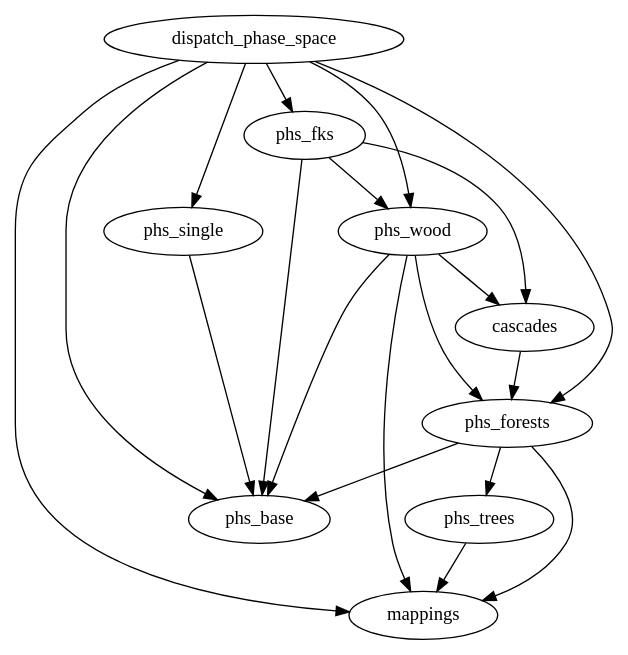
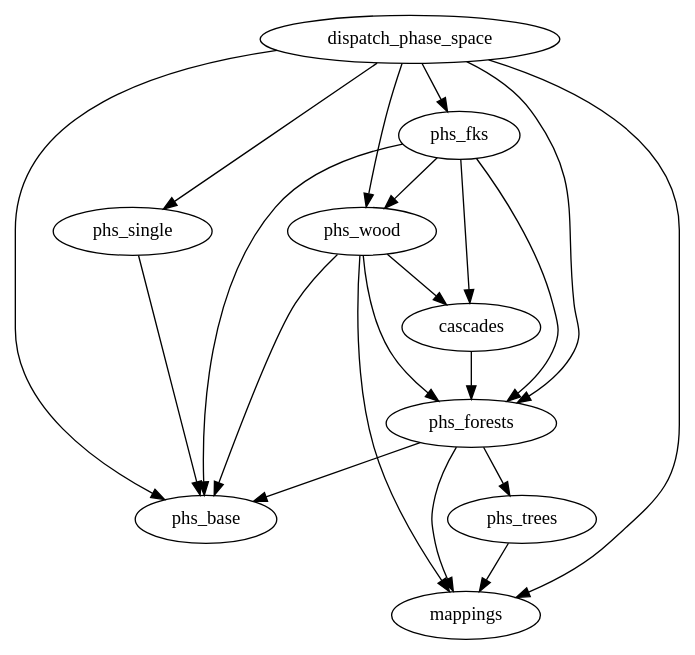
One commit to bendavid/whizard changed the diagram in share/doc/phase_space.dot. Above: the diagram before and after it, drawn with Graphviz. The commit also changed 1249 other files, not shown here.

```diff
--- a/share/doc/phase_space.dot
+++ b/share/doc/phase_space.dot
@@ -1,22 +1,23 @@
 
 digraph G {
 phs_fks -> cascades
 phs_fks -> phs_base
 phs_trees -> mappings
 dispatch_phase_space -> phs_fks
 dispatch_phase_space -> phs_wood
 phs_wood -> phs_forests
 phs_forests -> phs_trees
 phs_wood -> cascades
 phs_forests -> phs_base
 phs_wood -> phs_base
 phs_wood -> mappings
-dispatch_phase_space -> phs_single
+phs_fks -> phs_forests
 cascades -> phs_forests
 phs_forests -> mappings
 dispatch_phase_space -> phs_forests
 phs_fks -> phs_wood
 dispatch_phase_space -> phs_base
 phs_single -> phs_base
 dispatch_phase_space -> mappings
+dispatch_phase_space -> phs_single
  }
```
